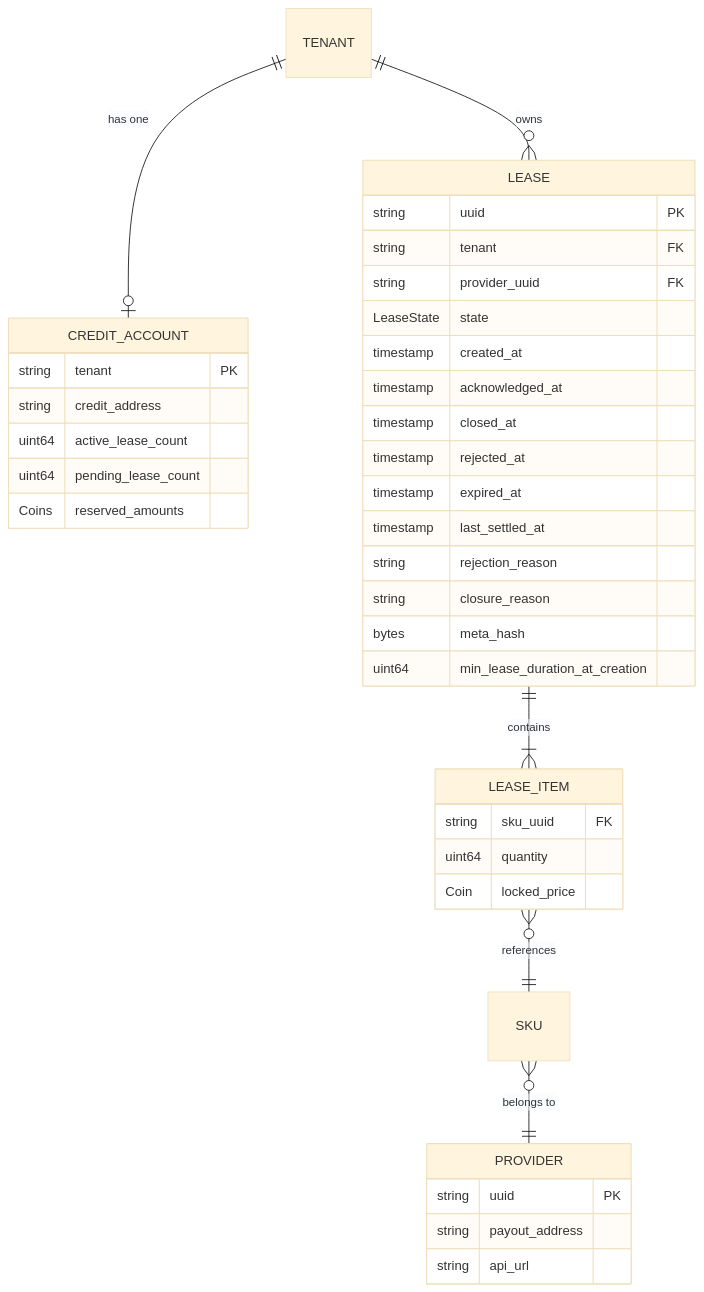
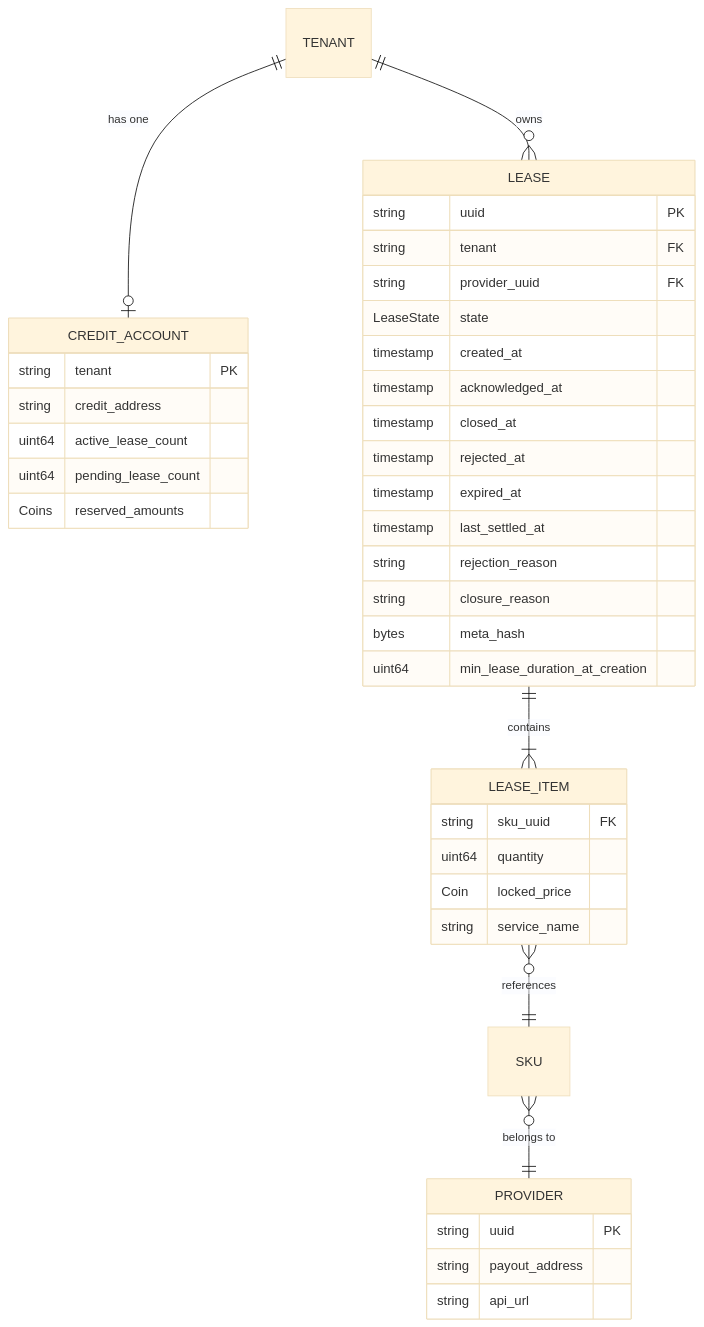
One commit to fmorency/manifest-ledger changed the second of 12 diagrams in x/billing/docs/ARCHITECTURE.md. Above: the diagram before and after it, drawn with Mermaid (base theme). The commit also changed other lines of this file and 9 other files, not shown here.

````diff
--- a/x/billing/docs/ARCHITECTURE.md
+++ b/x/billing/docs/ARCHITECTURE.md
@@ -39,45 +39,46 @@
 ```mermaid
 erDiagram
     TENANT ||--o| CREDIT_ACCOUNT : "has one"
     TENANT ||--o{ LEASE : "owns"
     LEASE ||--|{ LEASE_ITEM : "contains"
     LEASE_ITEM }o--|| SKU : "references"
     SKU }o--|| PROVIDER : "belongs to"
     
     CREDIT_ACCOUNT {
         string tenant PK
         string credit_address
         uint64 active_lease_count
         uint64 pending_lease_count
         Coins reserved_amounts
     }
     
     LEASE {
         string uuid PK
         string tenant FK
         string provider_uuid FK
         LeaseState state
         timestamp created_at
         timestamp acknowledged_at
         timestamp closed_at
         timestamp rejected_at
         timestamp expired_at
         timestamp last_settled_at
         string rejection_reason
         string closure_reason
         bytes meta_hash
         uint64 min_lease_duration_at_creation
     }
     
     LEASE_ITEM {
         string sku_uuid FK
         uint64 quantity
         Coin locked_price
+        string service_name
     }
     
     PROVIDER {
         string uuid PK
         string payout_address
         string api_url
     }
 ```
````
